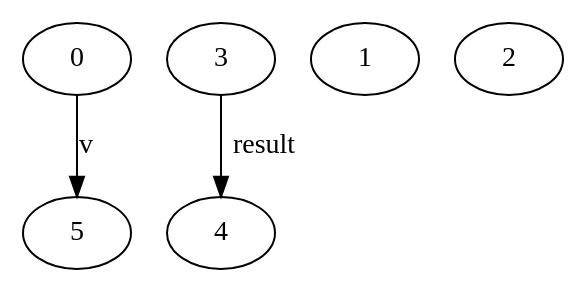
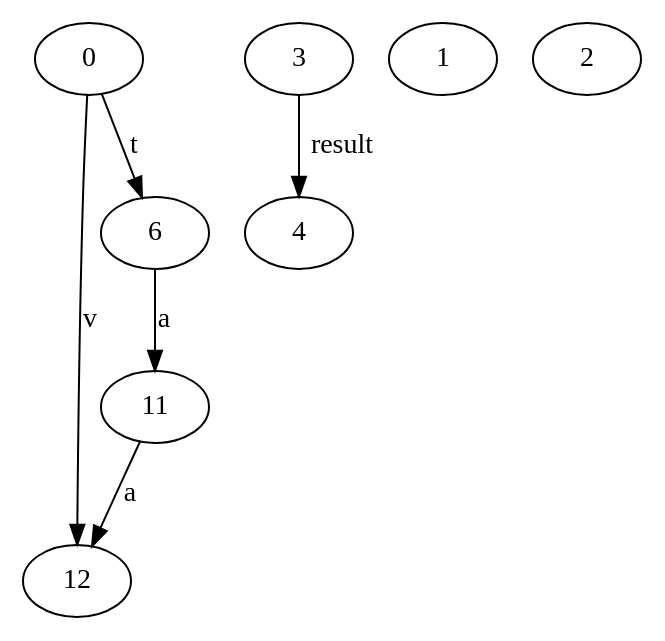
The diagram in AliasingImpl/source/test.dot (varivera/aliasing-java), drawn with Graphviz before and after one commit. The commit also changed 5 other files, not shown here.

```diff
--- a/AliasingImpl/source/test.dot
+++ b/AliasingImpl/source/test.dot
@@ -1,10 +1,15 @@
 digraph G {
-n0->n5 [label="v"]
+n11->n12 [label="a"]
+n6->n11 [label="a"]
+n0->n12 [label="v"]
+n0->n6 [label="t"]
 n0[label="0"]
-n5[label="5"]
+n6[label="6"]
+n12[label="12"]
+n11[label="11"]
 n3->n4 [label="result"]
 n3[label="3"]
 n4[label="4"]
 n1[label="1"]
 n2[label="2"]
 }
```
